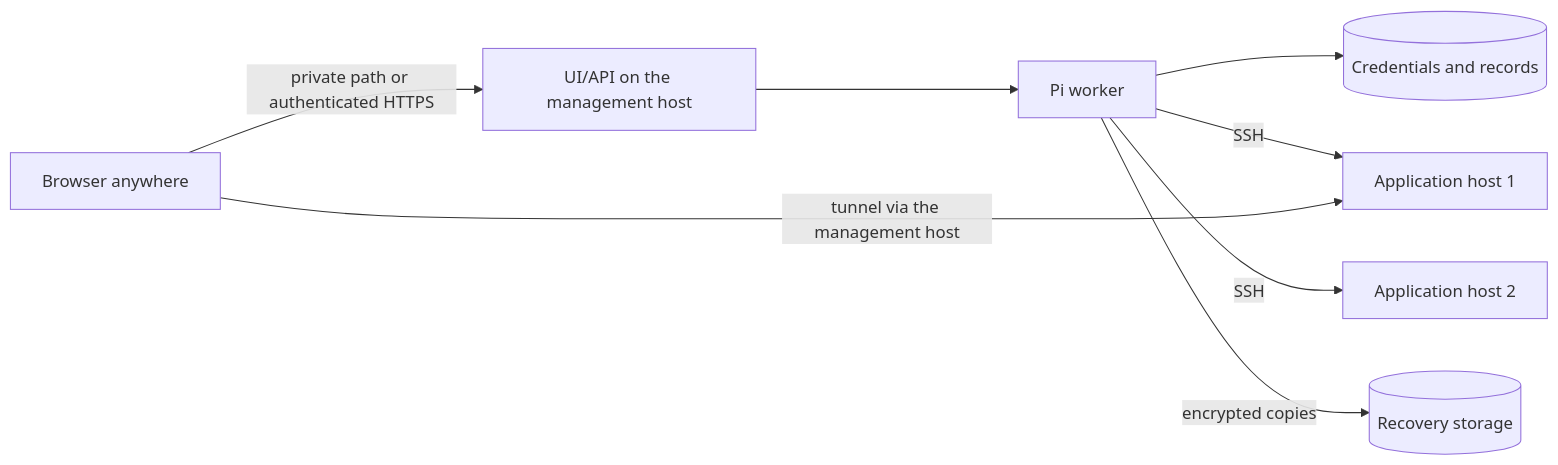
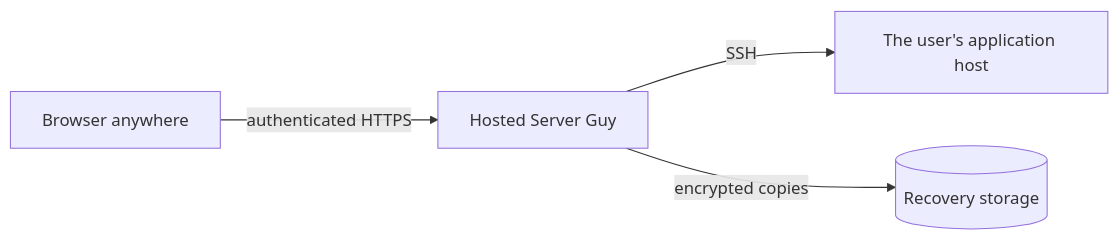
One commit to lustoykov/hallvi changed the third of 3 diagrams in docs/design/always-on-concept.md. Above: the diagram before and after it, drawn with Mermaid. The commit also changed other lines of this file and 1 other file, not shown here.

First line of the commit message:
Rewrite the always-on note as a ladder the user climbs

````diff
--- a/docs/design/always-on-concept.md
+++ b/docs/design/always-on-concept.md
@@ -69,10 +81,6 @@
 ```mermaid
 flowchart LR
-  B[Browser anywhere] -- private path or authenticated HTTPS --> UI[UI/API on the management host]
-  UI --> W[Pi worker]
-  W --> C[(Credentials and records)]
-  W -- SSH --> H1[Application host 1]
-  W -- SSH --> H2[Application host 2]
-  B -- tunnel via the management host --> H1
-  W -- encrypted copies --> R[(Recovery storage)]
+  B[Browser anywhere] -- authenticated HTTPS --> S[Hosted Server Guy]
+  S -- SSH --> H[The user's application host]
+  S -- encrypted copies --> R[(Recovery storage)]
 ```
````
